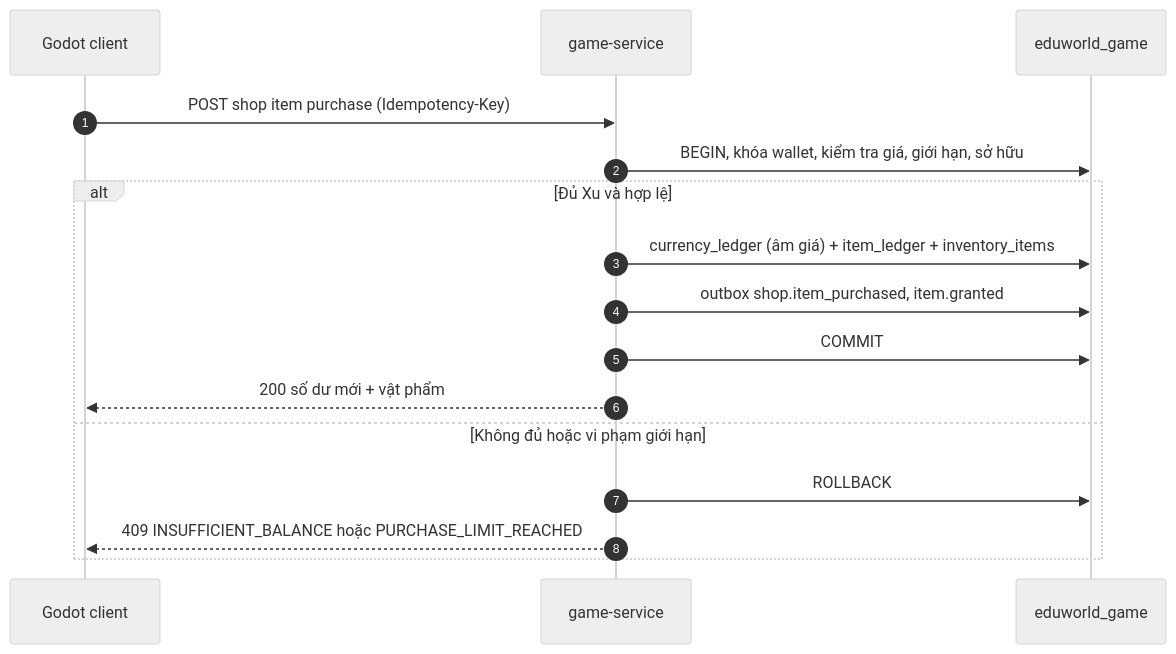
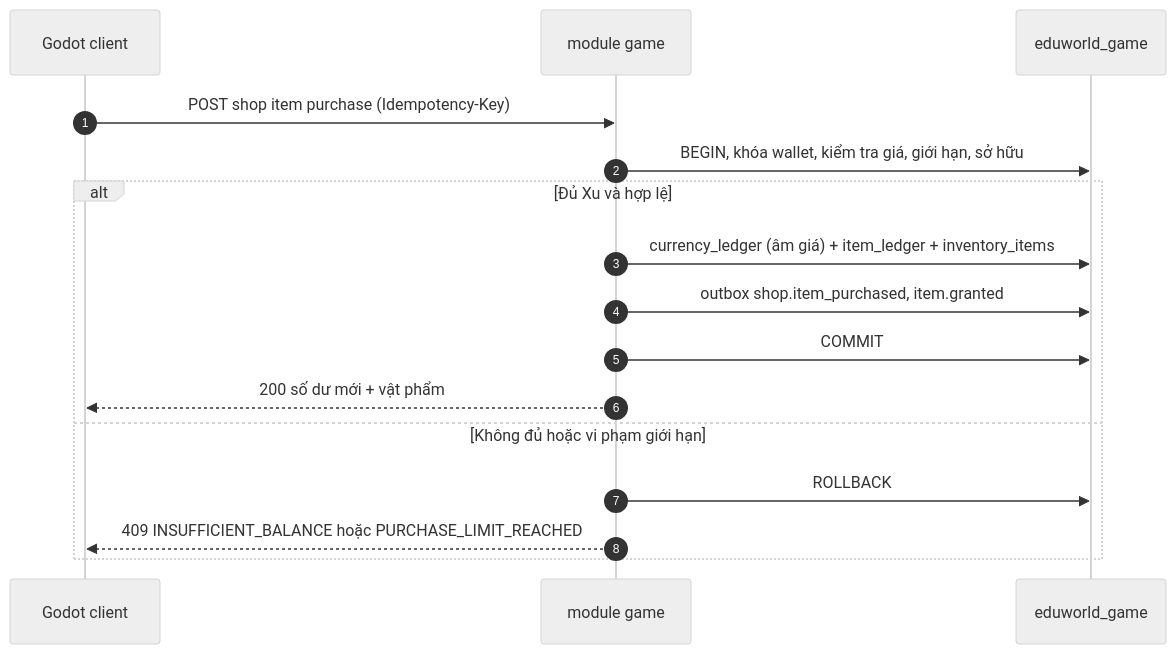
Before and after one commit to tanguyen2020/eduworld-platform: the diagram in docs/01-game-design/INVENTORY_ECONOMY.md, drawn with Mermaid (neutral theme). The commit also changed other lines of this file and 922 other files, not shown here.

````diff
--- a/docs/01-game-design/INVENTORY_ECONOMY.md
+++ b/docs/01-game-design/INVENTORY_ECONOMY.md
@@ -92,18 +92,18 @@
 ```mermaid
 sequenceDiagram
   autonumber
   participant C as Godot client
-  participant G as game-service
+  participant G as module game
   participant DB as eduworld_game
   C->>G: POST shop item purchase (Idempotency-Key)
   G->>DB: BEGIN, khóa wallet, kiểm tra giá, giới hạn, sở hữu
   alt Đủ Xu và hợp lệ
     G->>DB: currency_ledger (âm giá) + item_ledger + inventory_items
     G->>DB: outbox shop.item_purchased, item.granted
     G->>DB: COMMIT
     G-->>C: 200 số dư mới + vật phẩm
   else Không đủ hoặc vi phạm giới hạn
     G->>DB: ROLLBACK
     G-->>C: 409 INSUFFICIENT_BALANCE hoặc PURCHASE_LIMIT_REACHED
   end
 ```
````
